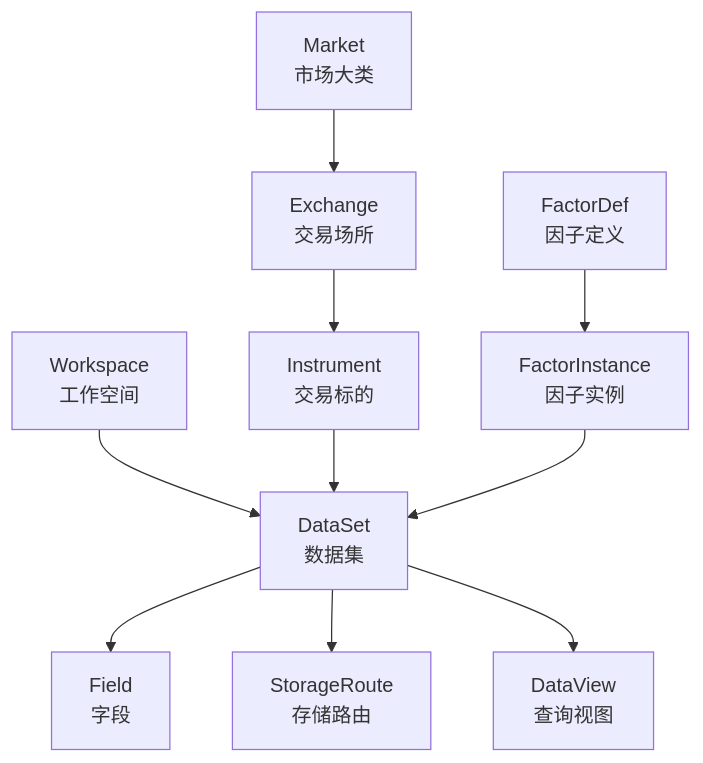
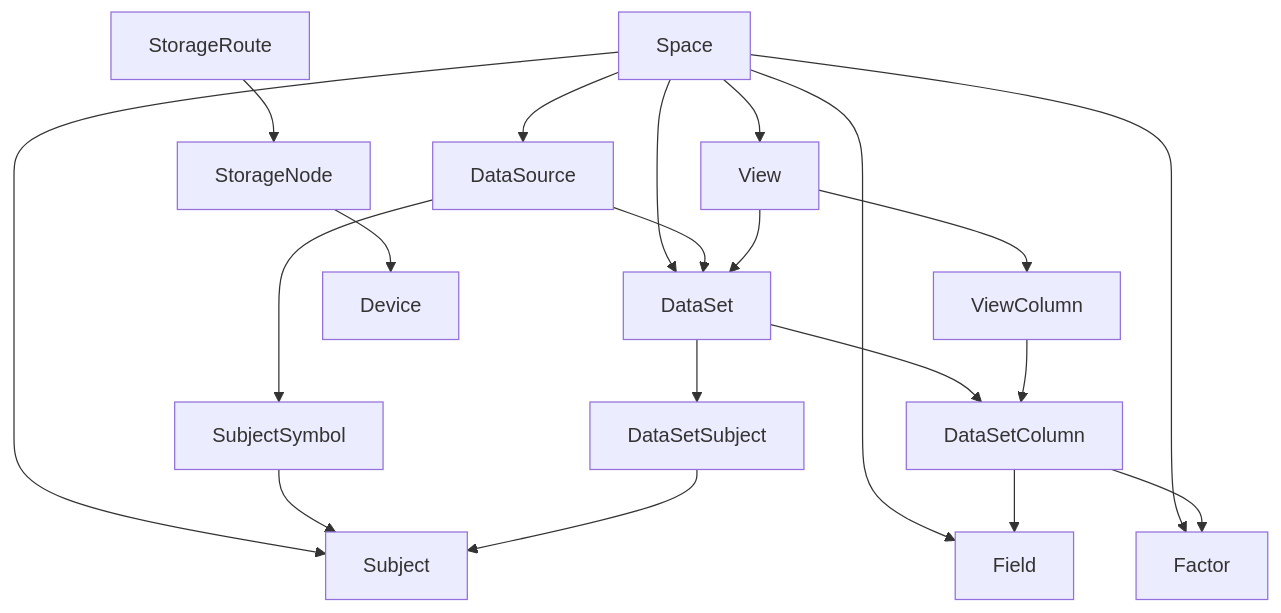
Before and after one commit to mooyang-code/moox: the diagram in docs/quant-financial-data-concepts.md, drawn with Mermaid. The commit also changed other lines of this file and 2 other files, not shown here.

Commit message:
docs(storage): align active concepts with current model

````diff
--- a/docs/quant-financial-data-concepts.md
+++ b/docs/quant-financial-data-concepts.md
@@ -14,23 +19,34 @@
 ```mermaid
 flowchart TD
-    W["Workspace<br/>工作空间"]
-    M["Market<br/>市场大类"]
-    E["Exchange<br/>交易场所"]
-    I["Instrument<br/>交易标的"]
-    DS["DataSet<br/>数据集"]
-    F["Field<br/>字段"]
-    FD["FactorDef<br/>因子定义"]
-    FI["FactorInstance<br/>因子实例"]
-    DV["DataView<br/>查询视图"]
-    SR["StorageRoute<br/>存储路由"]
+    SP["Space"]
+    SRC["DataSource"]
+    SUB["Subject"]
+    SYM["SubjectSymbol"]
+    DS["DataSet"]
+    DSS["DataSetSubject"]
+    FIELD["Field"]
+    FACTOR["Factor"]
+    DC["DataSetColumn"]
+    VIEW["View"]
+    VC["ViewColumn"]
+    NODE["StorageNode"]
+    DEV["Device"]
+    ROUTE["StorageRoute"]
 
-    W --> DS
-    M --> E
-    E --> I
-    DS --> F
-    DS --> SR
-    I --> DS
-    FD --> FI
-    FI --> DS
-    DS --> DV
+    SP --> SRC
+    SP --> SUB
+    SP --> FIELD
+    SP --> FACTOR
+    SP --> DS
+    SP --> VIEW
+    SRC --> DS
+    SRC --> SYM --> SUB
+    DS --> DSS --> SUB
+    DS --> DC
+    DC --> FIELD
+    DC --> FACTOR
+    VIEW --> DS
+    VIEW --> VC
+    VC --> DC
+    ROUTE --> NODE --> DEV
 ```
````
